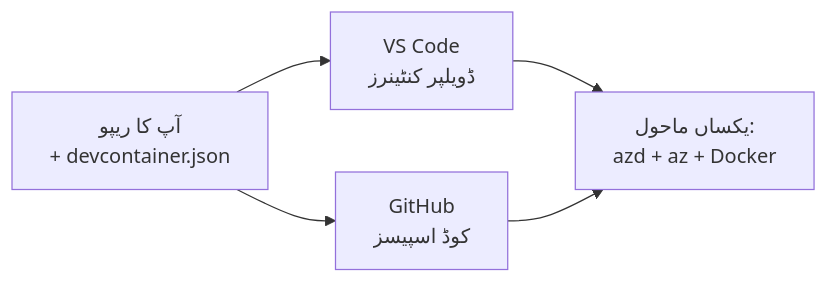
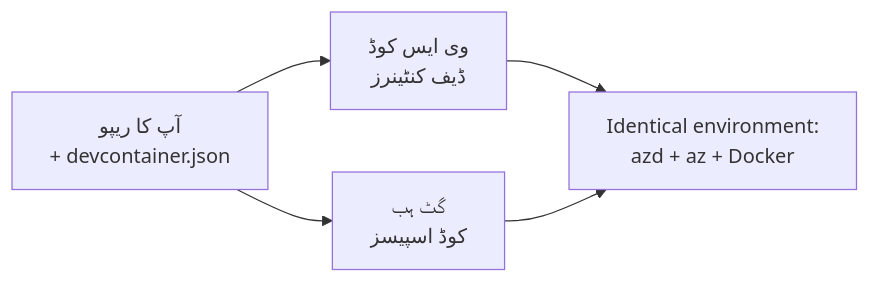
One commit to microsoft/AZD-for-beginners changed the diagram in translations/ur/docs/chapter-01-foundation/dev-containers.md. Above: the diagram before and after it, drawn with Mermaid. The commit also changed other lines of this file and 60 other files, not shown here.

````diff
--- a/translations/ur/docs/chapter-01-foundation/dev-containers.md
+++ b/translations/ur/docs/chapter-01-foundation/dev-containers.md
@@ -41,7 +41,7 @@
 ```mermaid
 graph LR
-    Repo[آپ کا ریپو<br/>+ devcontainer.json] --> VSCode[VS Code<br/>ڈویلپر کنٹینرز]
-    Repo --> Codespaces[GitHub<br/>کوڈ اسپیسز]
-    VSCode --> Env[یکساں ماحول:<br/>azd + az + Docker]
+    Repo[آپ کا ریپو<br/>+ devcontainer.json] --> VSCode[وی ایس کوڈ<br/>ڈیف کنٹینرز]
+    Repo --> Codespaces[گٹ ہب<br/>کوڈ اسپیسز]
+    VSCode --> Env[Identical environment:<br/>azd + az + Docker]
     Codespaces --> Env
 ```
````
